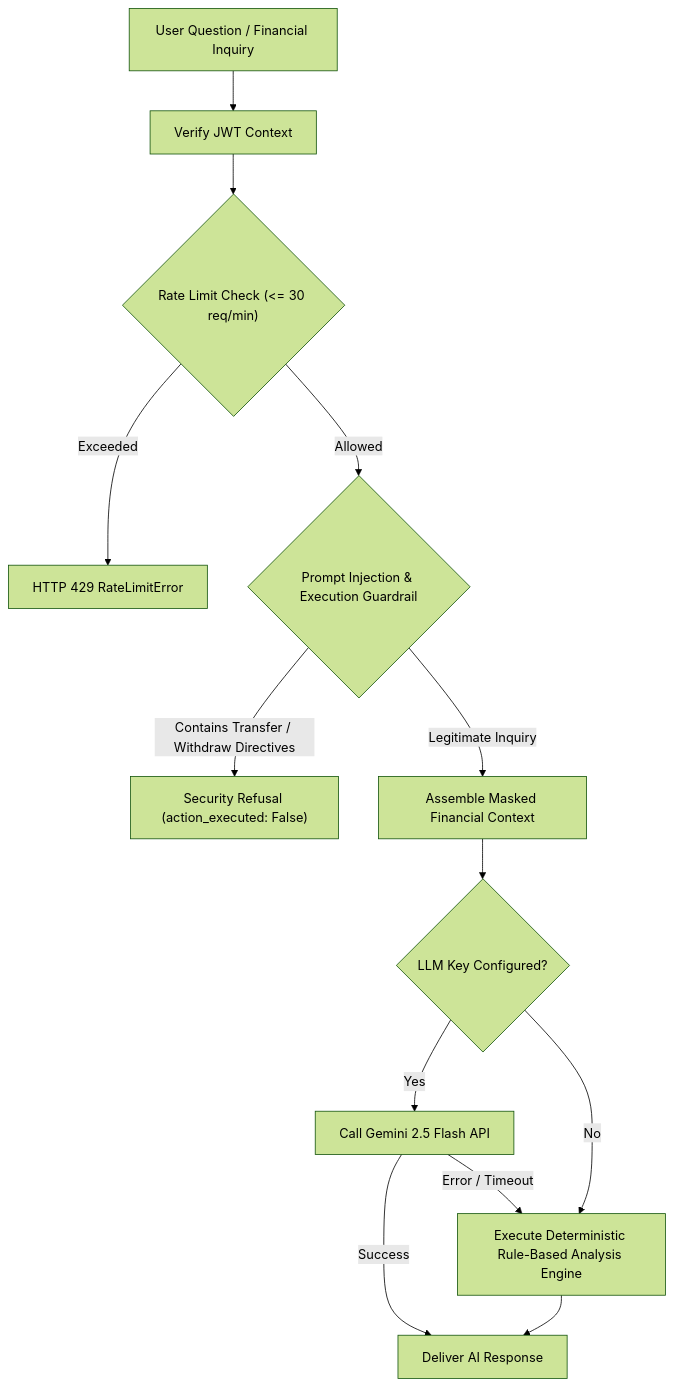
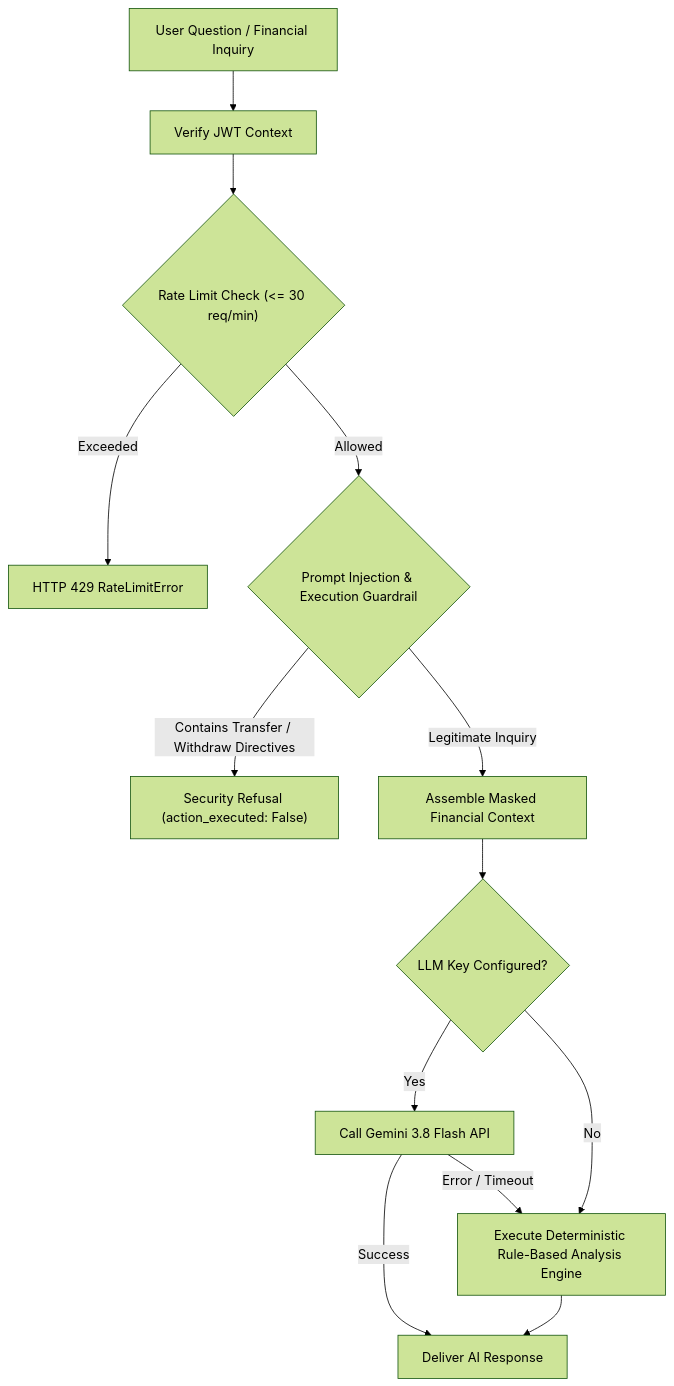
The fourth of 4 diagrams in README.md (Karpagavalli-V/Apex), drawn with Mermaid (forest theme) before and after one commit. The commit also changed other lines of this file and 5 other files, not shown here.

Commit message:
chore: upgrade to gemini-3.8-flash model

````diff
--- a/README.md
+++ b/README.md
@@ -215,18 +215,18 @@
 ```mermaid
 flowchart TD
     UserMsg["User Question / Financial Inquiry"] --> AuthCheck["Verify JWT Context"]
     AuthCheck --> RateLimiter{"Rate Limit Check (<= 30 req/min)"}
     
     RateLimiter -->|Exceeded| Err429["HTTP 429 RateLimitError"]
     RateLimiter -->|Allowed| Guardrail{"Prompt Injection & Execution Guardrail"}
     
     Guardrail -->|Contains Transfer / Withdraw Directives| Block["Security Refusal (action_executed: False)"]
     Guardrail -->|Legitimate Inquiry| Context["Assemble Masked Financial Context"]
     
     Context --> Provider{"LLM Key Configured?"}
-    Provider -->|Yes| Gemini["Call Gemini 2.5 Flash API"]
+    Provider -->|Yes| Gemini["Call Gemini 3.8 Flash API"]
     Gemini -->|Success| Out["Deliver AI Response"]
     Gemini -->|Error / Timeout| Fallback
     Provider -->|No| Fallback["Execute Deterministic Rule-Based Analysis Engine"]
     Fallback --> Out
 ```
````
